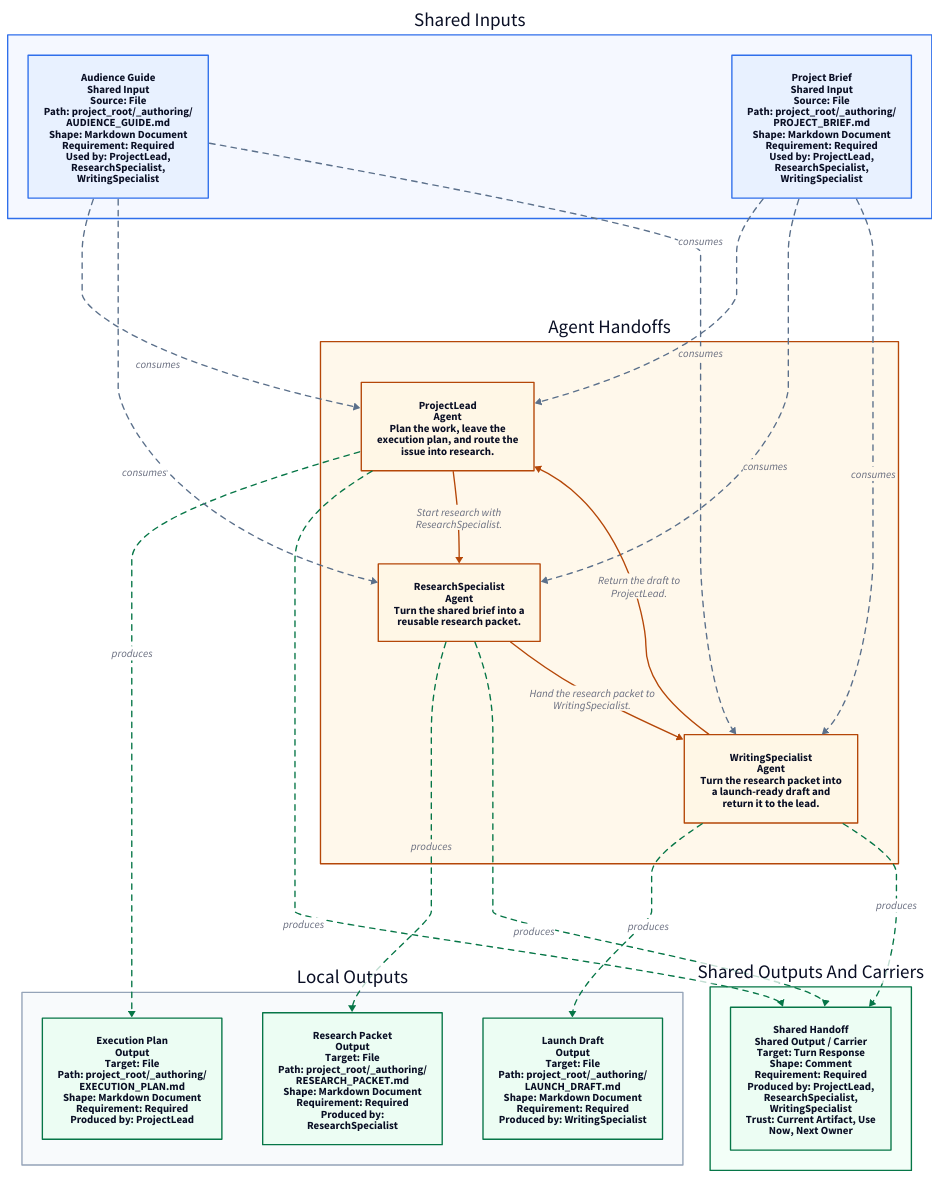
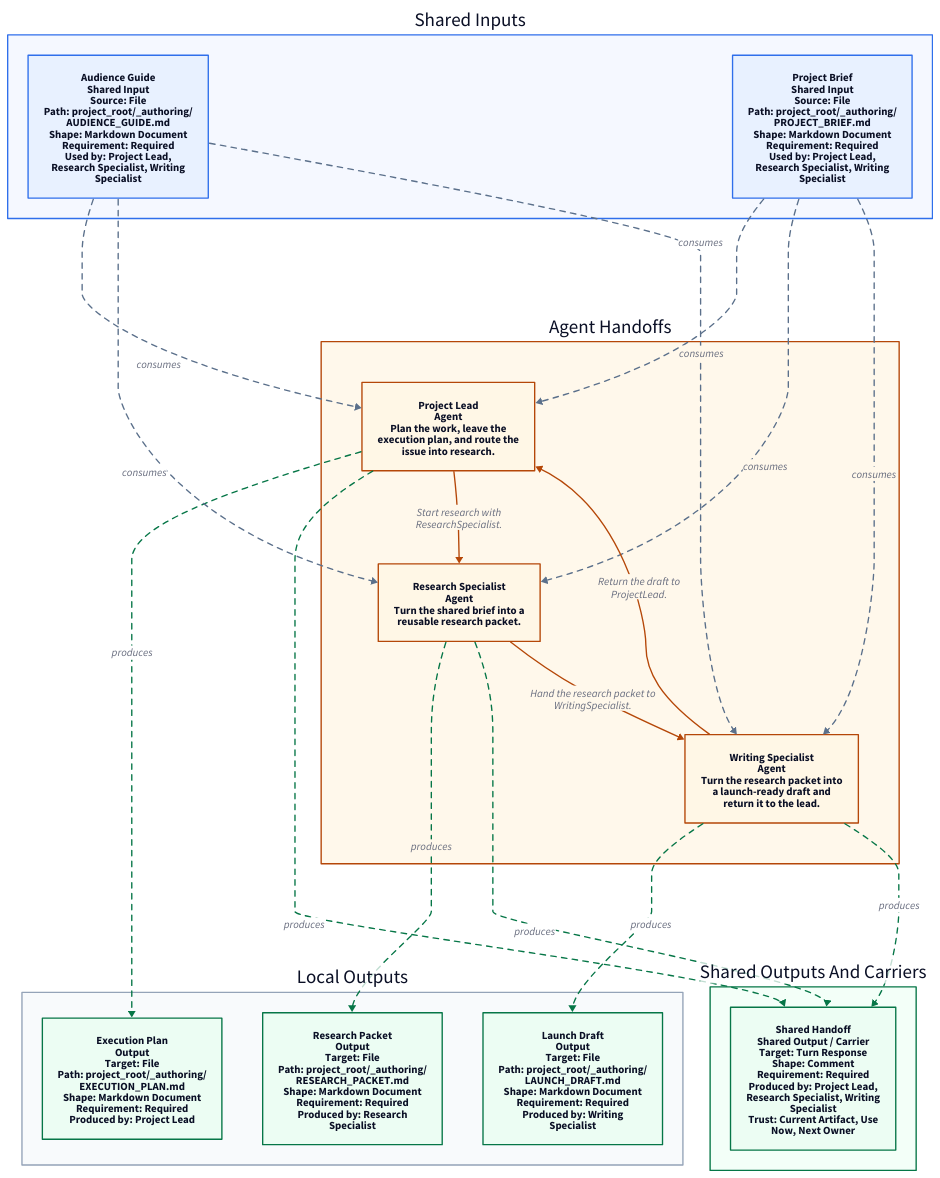
Before and after one commit to aelaguiz/doctrine: the diagram in examples/73_flow_visualizer_showcase/build_ref/AGENTS.flow.d2, drawn with D2. The commit also changed 20 other files, not shown here.

```diff
--- a/examples/73_flow_visualizer_showcase/build_ref/AGENTS.flow.d2
+++ b/examples/73_flow_visualizer_showcase/build_ref/AGENTS.flow.d2
@@ -8,7 +8,7 @@
     stroke: "#2F6FEB"
   }
   input_audienceguide: {
-    label: "Audience Guide\nShared Input\nSource: File\nPath: project_root/_authoring/\nAUDIENCE_GUIDE.md\nShape: Markdown Document\nRequirement: Required\nUsed by: ProjectLead,\nResearchSpecialist,\nWritingSpecialist"
+    label: "Audience Guide\nShared Input\nSource: File\nPath: project_root/_authoring/\nAUDIENCE_GUIDE.md\nShape: Markdown Document\nRequirement: Required\nUsed by: Project Lead,\nResearch Specialist, Writing\nSpecialist"
     shape: rectangle
     style: {
       fill: "#E8F1FF"
@@ -17,7 +17,7 @@
   }
 
   input_projectbrief: {
-    label: "Project Brief\nShared Input\nSource: File\nPath: project_root/_authoring/\nPROJECT_BRIEF.md\nShape: Markdown Document\nRequirement: Required\nUsed by: ProjectLead,\nResearchSpecialist,\nWritingSpecialist"
+    label: "Project Brief\nShared Input\nSource: File\nPath: project_root/_authoring/\nPROJECT_BRIEF.md\nShape: Markdown Document\nRequirement: Required\nUsed by: Project Lead,\nResearch Specialist, Writing\nSpecialist"
     shape: rectangle
     style: {
       fill: "#E8F1FF"
@@ -41,7 +41,7 @@
       stroke: "transparent"
     }
     agent_projectlead: {
-      label: "ProjectLead\nAgent\nPlan the work, leave the\nexecution plan, and route the\nissue into research."
+      label: "Project Lead\nAgent\nPlan the work, leave the\nexecution plan, and route the\nissue into research."
       shape: rectangle
       style: {
         fill: "#FFF7E6"
@@ -50,7 +50,7 @@
     }
 
     agent_researchspecialist: {
-      label: "ResearchSpecialist\nAgent\nTurn the shared brief into a\nreusable research packet."
+      label: "Research Specialist\nAgent\nTurn the shared brief into a\nreusable research packet."
       shape: rectangle
       style: {
         fill: "#FFF7E6"
@@ -59,7 +59,7 @@
     }
 
     agent_writingspecialist: {
-      label: "WritingSpecialist\nAgent\nTurn the research packet into\na launch-ready draft and\nreturn it to the lead."
+      label: "Writing Specialist\nAgent\nTurn the research packet into\na launch-ready draft and\nreturn it to the lead."
       shape: rectangle
       style: {
         fill: "#FFF7E6"
@@ -77,7 +77,7 @@
     stroke: "#067647"
   }
   output_sharedhandoff: {
-    label: "Shared Handoff\nShared Output / Carrier\nTarget: Turn Response\nShape: Comment\nRequirement: Required\nProduced by: ProjectLead,\nResearchSpecialist,\nWritingSpecialist\nTrust: Current Artifact, Use\nNow, Next Owner"
+    label: "Shared Handoff\nShared Output / Carrier\nTarget: Turn Response\nShape: Comment\nRequirement: Required\nProduced by: Project Lead,\nResearch Specialist, Writing\nSpecialist\nTrust: Current Artifact, Use\nNow, Next Owner"
     shape: rectangle
     style: {
       fill: "#ECFDF3"
@@ -94,7 +94,7 @@
     stroke: "#94A3B8"
   }
   output_executionplan: {
-    label: "Execution Plan\nOutput\nTarget: File\nPath: project_root/_authoring/\nEXECUTION_PLAN.md\nShape: Markdown Document\nRequirement: Required\nProduced by: ProjectLead"
+    label: "Execution Plan\nOutput\nTarget: File\nPath: project_root/_authoring/\nEXECUTION_PLAN.md\nShape: Markdown Document\nRequirement: Required\nProduced by: Project Lead"
     shape: rectangle
     style: {
       fill: "#ECFDF3"
@@ -103,7 +103,7 @@
   }
 
   output_researchpacket: {
-    label: "Research Packet\nOutput\nTarget: File\nPath: project_root/_authoring/\nRESEARCH_PACKET.md\nShape: Markdown Document\nRequirement: Required\nProduced by:\nResearchSpecialist"
+    label: "Research Packet\nOutput\nTarget: File\nPath: project_root/_authoring/\nRESEARCH_PACKET.md\nShape: Markdown Document\nRequirement: Required\nProduced by: Research\nSpecialist"
     shape: rectangle
     style: {
       fill: "#ECFDF3"
@@ -112,7 +112,7 @@
   }
 
   output_launchdraft: {
-    label: "Launch Draft\nOutput\nTarget: File\nPath: project_root/_authoring/\nLAUNCH_DRAFT.md\nShape: Markdown Document\nRequirement: Required\nProduced by: WritingSpecialist"
+    label: "Launch Draft\nOutput\nTarget: File\nPath: project_root/_authoring/\nLAUNCH_DRAFT.md\nShape: Markdown Document\nRequirement: Required\nProduced by: Writing\nSpecialist"
     shape: rectangle
     style: {
       fill: "#ECFDF3"
```
